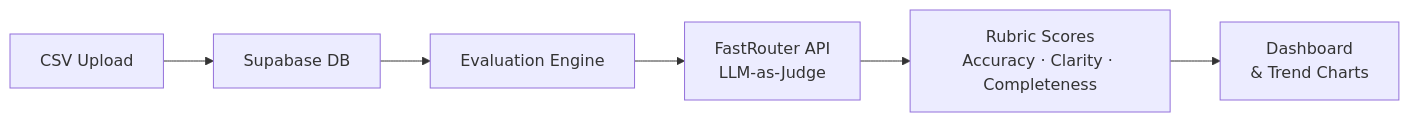
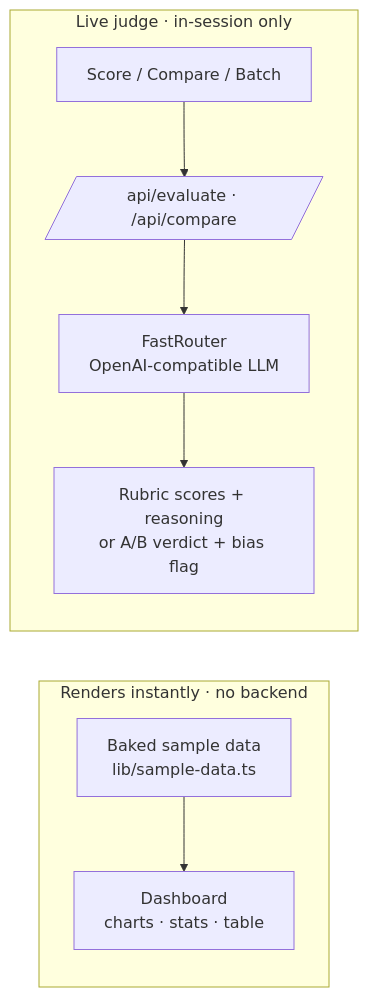
The diagram in README.md (Ndhakeph/ai-eval-platform), drawn with Mermaid before and after one commit. The commit also changed other lines of this file and 34 other files, not shown here.

First line of the commit message:
refactor: re-architect to a stateless LLM-as-judge platform

````diff
--- a/README.md
+++ b/README.md
@@ -17,8 +32,11 @@
 ```mermaid
 flowchart LR
-    A[CSV Upload] --> B[Supabase DB]
-    B --> C[Evaluation Engine]
-    C --> D[FastRouter API\nLLM-as-Judge]
-    D --> E[Rubric Scores\nAccuracy · Clarity · Completeness]
-    E --> F[Dashboard\n& Trend Charts]
+    subgraph Instant["Renders instantly · no backend"]
+      A[Baked sample data<br/>lib/sample-data.ts] --> B[Dashboard<br/>charts · stats · table]
+    end
+    subgraph Live["Live judge · in-session only"]
+      C[Score / Compare / Batch] --> D[/api/evaluate · /api/compare/]
+      D --> E[FastRouter<br/>OpenAI-compatible LLM]
+      E --> F[Rubric scores + reasoning<br/>or A/B verdict + bias flag]
+    end
 ```
````
